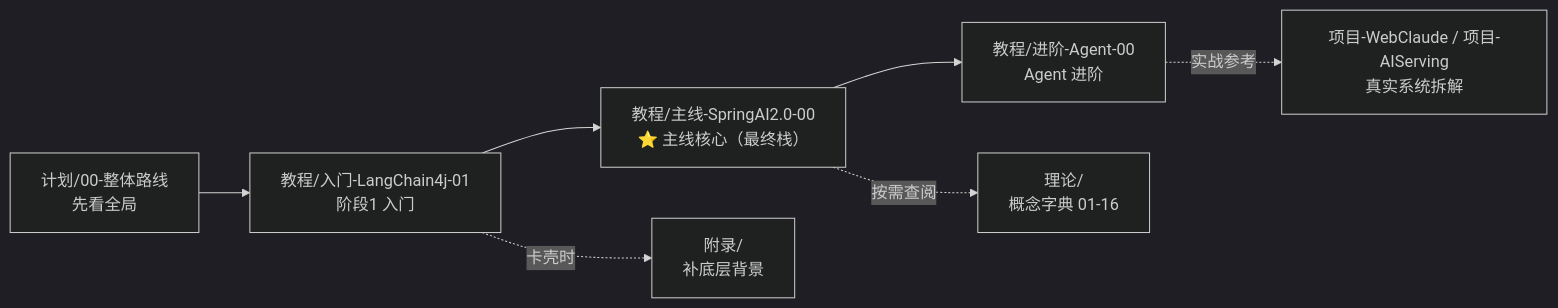
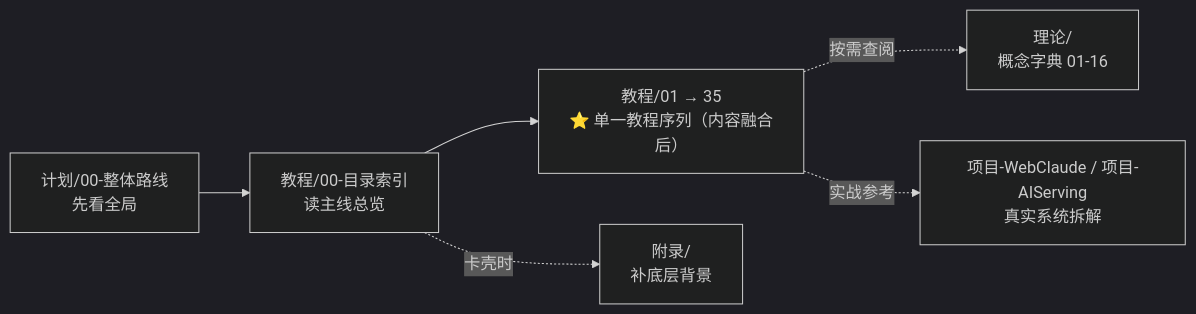
Before and after one commit to UranusGit/java-agent-learn: the first of 3 diagrams in docs/00-README.md, drawn with Mermaid (dark theme). The commit also changed other lines of this file and 77 other files, not shown here.

````diff
--- a/docs/00-README.md
+++ b/docs/00-README.md
@@ -56,9 +63,8 @@
 ```mermaid
 flowchart LR
-    P["计划/00-整体路线<br/>先看全局"] --> L1["教程/入门-LangChain4j-01<br/>阶段1 入门"]
-    L1 --> L2["教程/主线-SpringAI2.0-00<br/>⭐ 主线核心（最终栈）"]
-    L2 --> A["教程/进阶-Agent-00<br/>Agent 进阶"]
+    P["计划/00-整体路线<br/>先看全局"] --> L1["教程/00-目录索引<br/>读主线总览"]
+    L1 --> L2["教程/01 → 35<br/>⭐ 单一教程序列（内容融合后）"]
     L2 -.按需查阅.-> T["理论/<br/>概念字典 01-16"]
     L1 -.卡壳时.-> F["附录/<br/>补底层背景"]
-    A -.实战参考.-> PJ["项目-WebClaude / 项目-AIServing<br/>真实系统拆解"]
+    L2 -.实战参考.-> PJ["项目-WebClaude / 项目-AIServing<br/>真实系统拆解"]
 ```
````
